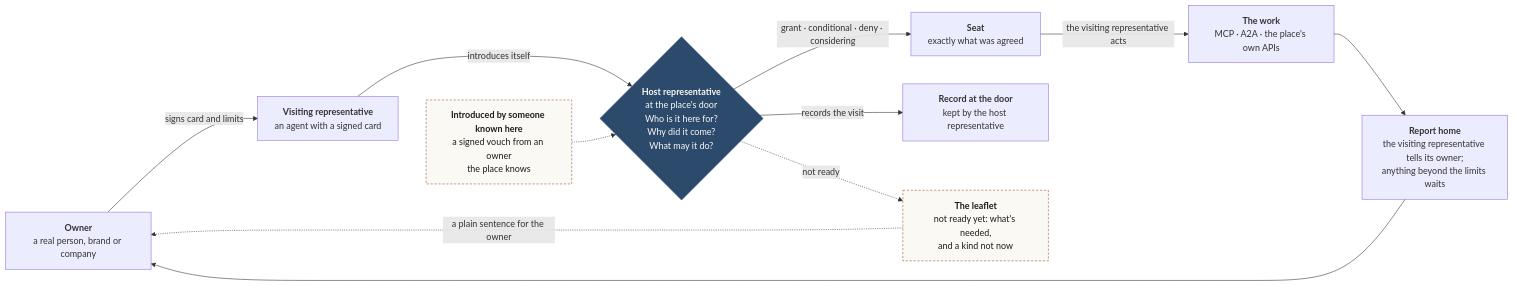
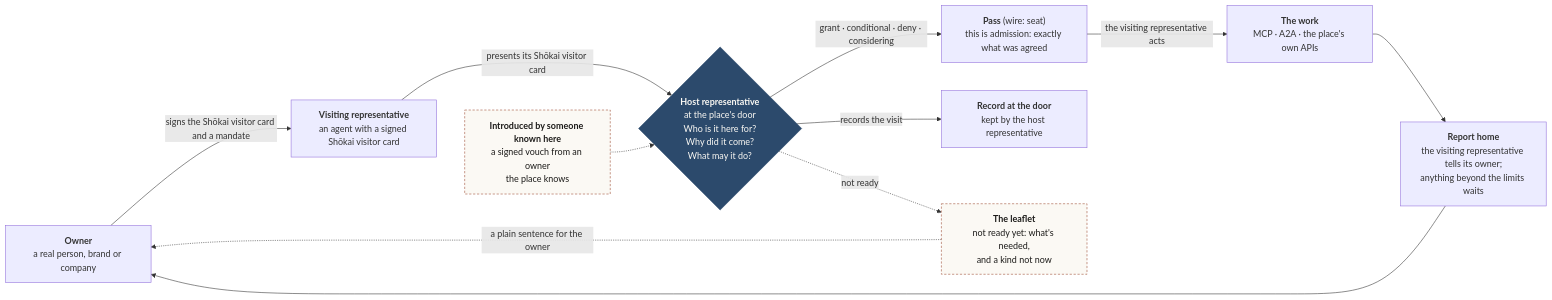
The diagram in docs/diagrams/src/thirty-seconds.mmd (Kigenka/shokai), drawn with Mermaid before and after one commit. The commit also changed 60 other files, not shown here.

Commit message:
Docs: golden pass for 0.5.1 (diagrams for the university, restart and two-refusals traces; current-version wording; draft skills pinned to 0.5.1; schema $id wording; no internal ids or paths).

```diff
--- a/docs/diagrams/src/thirty-seconds.mmd
+++ b/docs/diagrams/src/thirty-seconds.mmd
@@ -1,25 +1,25 @@
 flowchart LR
   O["<b>Owner</b><br/>a real person, brand or company"]
-  R["<b>Visiting representative</b><br/>an agent with a signed card"]
+  R["<b>Visiting representative</b><br/>an agent with a signed Shōkai visitor card"]
   D{"<b>Host representative</b><br/>at the place's door<br/>Who is it here for?<br/>Why did it come?<br/>What may it do?"}
-  S["<b>Seat</b><br/>exactly what was agreed"]
+  S["<b>Pass</b> (wire: seat)<br/>this is admission: exactly what was agreed"]
   W["<b>The work</b><br/>MCP · A2A · the place's own APIs"]
   H["<b>Report home</b><br/>the visiting representative tells its owner;<br/>anything beyond the limits waits"]
   K["<b>Record at the door</b><br/>kept by the host representative"]
   L["<b>The leaflet</b><br/>not ready yet: what's needed,<br/>and a kind not now"]
   I["<b>Introduced by someone known here</b><br/>a signed vouch from an owner<br/>the place knows"]
-  O -- "signs card and limits" --> R
-  R -- "introduces itself" --> D
+  O -- "signs the Shōkai visitor card and a mandate" --> R
+  R -- "presents its Shōkai visitor card" --> D
   D -- "grant · conditional · deny · considering" --> S
   S -- "the visiting representative acts" --> W
   W --> H
   H --> O
   D -- "records the visit" --> K
   D -. "not ready" .-> L
   L -. "a plain sentence for the owner" .-> O
   R ~~~ I
   I -.-> D
   classDef door fill:#2c4a6c,stroke:#2c4a6c,color:#fbf9f4
   classDef intro fill:#fbf9f4,stroke:#9c4a32,color:#1d1c1a,stroke-dasharray:4 3
   class D door
   class I,L intro
```
